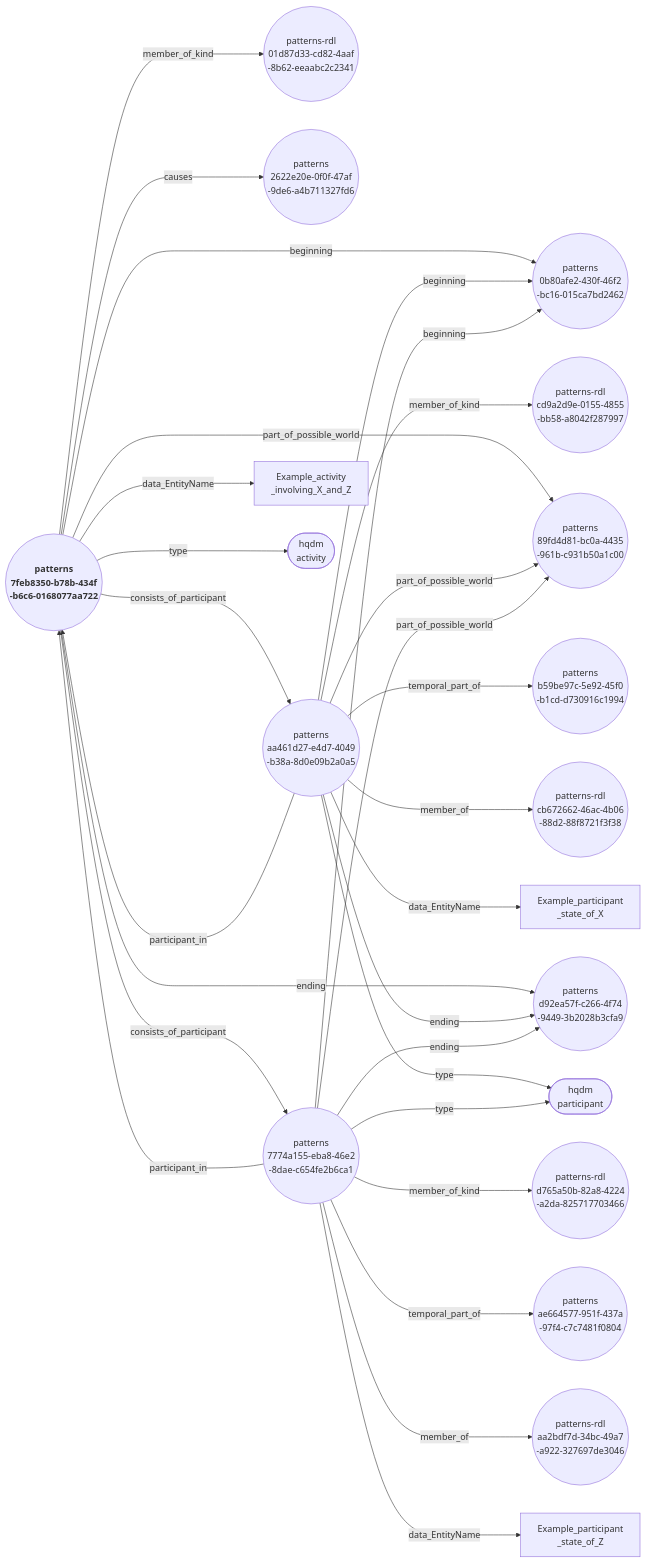
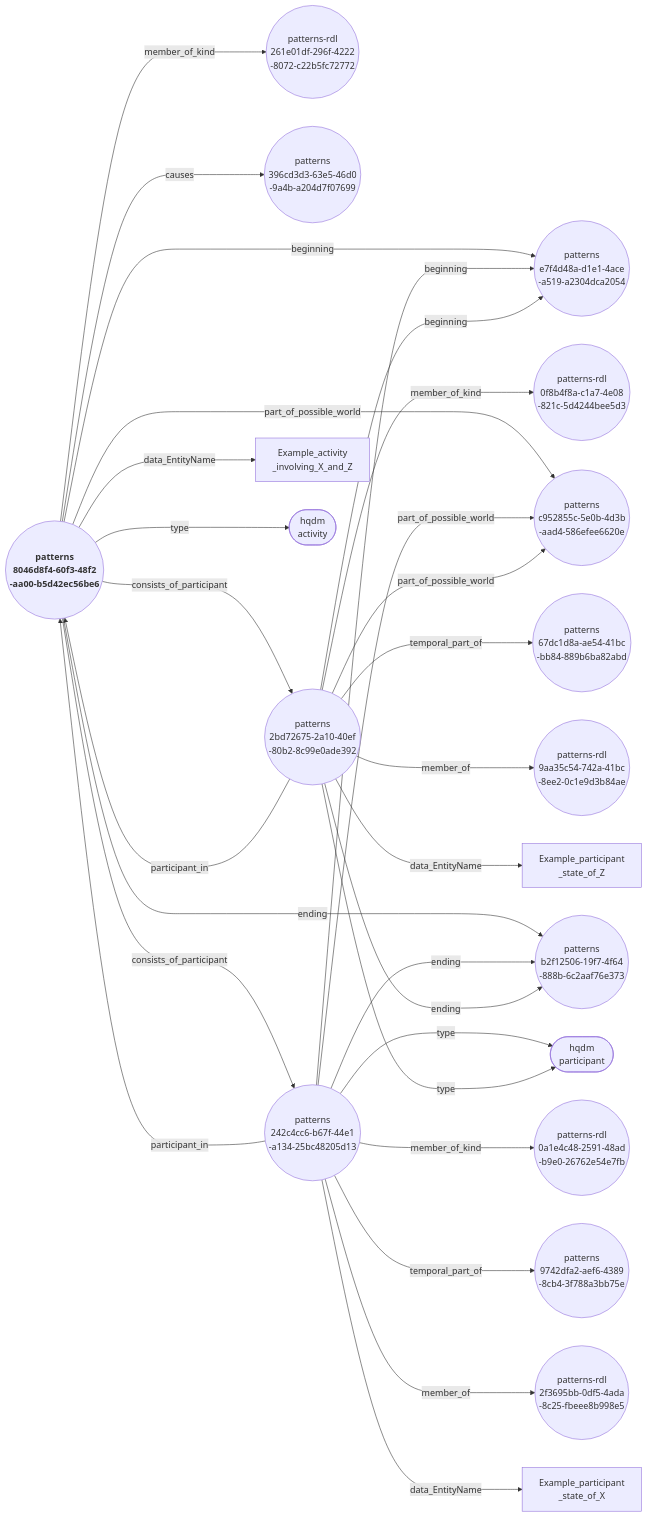
One commit to ClimbingAl/HqdmPatterns changed the diagram in docs/extras/example-files/genericActivityAndParticipantsNodeEdgeGraph.mermaid. Above: the diagram before and after it, drawn with Mermaid. The commit also changed 50 other files, not shown here.

Commit message:
Main activity worked examples now complete, including actiity editor data import and processing.

````diff
--- a/docs/extras/example-files/genericActivityAndParticipantsNodeEdgeGraph.mermaid
+++ b/docs/extras/example-files/genericActivityAndParticipantsNodeEdgeGraph.mermaid
@@ -1,30 +1,30 @@
 ``` mermaid
 graph LR
-  7feb8350-b78b-434f-b6c6-0168077aa722(("<b> patterns <br> 7feb8350-b78b-434f <br> -b6c6-0168077aa722"))--->|"beginning"|0b80afe2-430f-46f2-bc16-015ca7bd2462(("patterns <br> 0b80afe2-430f-46f2 <br> -bc16-015ca7bd2462"));
-  7feb8350-b78b-434f-b6c6-0168077aa722(("<b> patterns <br> 7feb8350-b78b-434f <br> -b6c6-0168077aa722"))--->|"member_of_kind"|01d87d33-cd82-4aaf-8b62-eeaabc2c2341(("patterns-rdl <br> 01d87d33-cd82-4aaf <br> -8b62-eeaabc2c2341"));
-  7feb8350-b78b-434f-b6c6-0168077aa722(("<b> patterns <br> 7feb8350-b78b-434f <br> -b6c6-0168077aa722"))--->|"causes"|2622e20e-0f0f-47af-9de6-a4b711327fd6(("patterns <br> 2622e20e-0f0f-47af <br> -9de6-a4b711327fd6"));
-  7feb8350-b78b-434f-b6c6-0168077aa722(("<b> patterns <br> 7feb8350-b78b-434f <br> -b6c6-0168077aa722"))--->|"consists_of_participant"|aa461d27-e4d7-4049-b38a-8d0e09b2a0a5(("patterns <br> aa461d27-e4d7-4049 <br> -b38a-8d0e09b2a0a5"));
-  7feb8350-b78b-434f-b6c6-0168077aa722(("<b> patterns <br> 7feb8350-b78b-434f <br> -b6c6-0168077aa722"))--->|"consists_of_participant"|7774a155-eba8-46e2-8dae-c654fe2b6ca1(("patterns <br> 7774a155-eba8-46e2 <br> -8dae-c654fe2b6ca1"));
-  7feb8350-b78b-434f-b6c6-0168077aa722(("<b> patterns <br> 7feb8350-b78b-434f <br> -b6c6-0168077aa722"))--->|"part_of_possible_world"|89fd4d81-bc0a-4435-961b-c931b50a1c00(("patterns <br> 89fd4d81-bc0a-4435 <br> -961b-c931b50a1c00"));
-  7feb8350-b78b-434f-b6c6-0168077aa722(("<b> patterns <br> 7feb8350-b78b-434f <br> -b6c6-0168077aa722"))--->|"data_EntityName"|Example_activity_involving_X_and_Z["Example_activity <br> _involving_X_and_Z"];
-  7feb8350-b78b-434f-b6c6-0168077aa722(("<b> patterns <br> 7feb8350-b78b-434f <br> -b6c6-0168077aa722"))--->|"ending"|d92ea57f-c266-4f74-9449-3b2028b3cfa9(("patterns <br> d92ea57f-c266-4f74 <br> -9449-3b2028b3cfa9"));
-  7feb8350-b78b-434f-b6c6-0168077aa722(("<b> patterns <br> 7feb8350-b78b-434f <br> -b6c6-0168077aa722"))--->|"type"|activity(["hqdm <br> activity"]);
-  aa461d27-e4d7-4049-b38a-8d0e09b2a0a5(("patterns <br> aa461d27-e4d7-4049 <br> -b38a-8d0e09b2a0a5"))--->|"beginning"|0b80afe2-430f-46f2-bc16-015ca7bd2462(("patterns <br> 0b80afe2-430f-46f2 <br> -bc16-015ca7bd2462"));
-  aa461d27-e4d7-4049-b38a-8d0e09b2a0a5(("patterns <br> aa461d27-e4d7-4049 <br> -b38a-8d0e09b2a0a5"))--->|"member_of_kind"|cd9a2d9e-0155-4855-bb58-a8042f287997(("patterns-rdl <br> cd9a2d9e-0155-4855 <br> -bb58-a8042f287997"));
-  aa461d27-e4d7-4049-b38a-8d0e09b2a0a5(("patterns <br> aa461d27-e4d7-4049 <br> -b38a-8d0e09b2a0a5"))--->|"part_of_possible_world"|89fd4d81-bc0a-4435-961b-c931b50a1c00(("patterns <br> 89fd4d81-bc0a-4435 <br> -961b-c931b50a1c00"));
-  aa461d27-e4d7-4049-b38a-8d0e09b2a0a5(("patterns <br> aa461d27-e4d7-4049 <br> -b38a-8d0e09b2a0a5"))--->|"participant_in"|7feb8350-b78b-434f-b6c6-0168077aa722(("<b> patterns <br> 7feb8350-b78b-434f <br> -b6c6-0168077aa722"));
-  aa461d27-e4d7-4049-b38a-8d0e09b2a0a5(("patterns <br> aa461d27-e4d7-4049 <br> -b38a-8d0e09b2a0a5"))--->|"temporal_part_of"|b59be97c-5e92-45f0-b1cd-d730916c1994(("patterns <br> b59be97c-5e92-45f0 <br> -b1cd-d730916c1994"));
-  aa461d27-e4d7-4049-b38a-8d0e09b2a0a5(("patterns <br> aa461d27-e4d7-4049 <br> -b38a-8d0e09b2a0a5"))--->|"member_of"|cb672662-46ac-4b06-88d2-88f8721f3f38(("patterns-rdl <br> cb672662-46ac-4b06 <br> -88d2-88f8721f3f38"));
-  aa461d27-e4d7-4049-b38a-8d0e09b2a0a5(("patterns <br> aa461d27-e4d7-4049 <br> -b38a-8d0e09b2a0a5"))--->|"data_EntityName"|Example_participant_state_of_X["Example_participant <br> _state_of_X"];
-  aa461d27-e4d7-4049-b38a-8d0e09b2a0a5(("patterns <br> aa461d27-e4d7-4049 <br> -b38a-8d0e09b2a0a5"))--->|"ending"|d92ea57f-c266-4f74-9449-3b2028b3cfa9(("patterns <br> d92ea57f-c266-4f74 <br> -9449-3b2028b3cfa9"));
-  aa461d27-e4d7-4049-b38a-8d0e09b2a0a5(("patterns <br> aa461d27-e4d7-4049 <br> -b38a-8d0e09b2a0a5"))--->|"type"|participant(["hqdm <br> participant"]);
-  7774a155-eba8-46e2-8dae-c654fe2b6ca1(("patterns <br> 7774a155-eba8-46e2 <br> -8dae-c654fe2b6ca1"))--->|"beginning"|0b80afe2-430f-46f2-bc16-015ca7bd2462(("patterns <br> 0b80afe2-430f-46f2 <br> -bc16-015ca7bd2462"));
-  7774a155-eba8-46e2-8dae-c654fe2b6ca1(("patterns <br> 7774a155-eba8-46e2 <br> -8dae-c654fe2b6ca1"))--->|"member_of_kind"|d765a50b-82a8-4224-a2da-825717703466(("patterns-rdl <br> d765a50b-82a8-4224 <br> -a2da-825717703466"));
-  7774a155-eba8-46e2-8dae-c654fe2b6ca1(("patterns <br> 7774a155-eba8-46e2 <br> -8dae-c654fe2b6ca1"))--->|"part_of_possible_world"|89fd4d81-bc0a-4435-961b-c931b50a1c00(("patterns <br> 89fd4d81-bc0a-4435 <br> -961b-c931b50a1c00"));
-  7774a155-eba8-46e2-8dae-c654fe2b6ca1(("patterns <br> 7774a155-eba8-46e2 <br> -8dae-c654fe2b6ca1"))--->|"participant_in"|7feb8350-b78b-434f-b6c6-0168077aa722(("<b> patterns <br> 7feb8350-b78b-434f <br> -b6c6-0168077aa722"));
-  7774a155-eba8-46e2-8dae-c654fe2b6ca1(("patterns <br> 7774a155-eba8-46e2 <br> -8dae-c654fe2b6ca1"))--->|"temporal_part_of"|ae664577-951f-437a-97f4-c7c7481f0804(("patterns <br> ae664577-951f-437a <br> -97f4-c7c7481f0804"));
-  7774a155-eba8-46e2-8dae-c654fe2b6ca1(("patterns <br> 7774a155-eba8-46e2 <br> -8dae-c654fe2b6ca1"))--->|"member_of"|aa2bdf7d-34bc-49a7-a922-327697de3046(("patterns-rdl <br> aa2bdf7d-34bc-49a7 <br> -a922-327697de3046"));
-  7774a155-eba8-46e2-8dae-c654fe2b6ca1(("patterns <br> 7774a155-eba8-46e2 <br> -8dae-c654fe2b6ca1"))--->|"data_EntityName"|Example_participant_state_of_Z["Example_participant <br> _state_of_Z"];
-  7774a155-eba8-46e2-8dae-c654fe2b6ca1(("patterns <br> 7774a155-eba8-46e2 <br> -8dae-c654fe2b6ca1"))--->|"ending"|d92ea57f-c266-4f74-9449-3b2028b3cfa9(("patterns <br> d92ea57f-c266-4f74 <br> -9449-3b2028b3cfa9"));
-  7774a155-eba8-46e2-8dae-c654fe2b6ca1(("patterns <br> 7774a155-eba8-46e2 <br> -8dae-c654fe2b6ca1"))--->|"type"|participant(["hqdm <br> participant"]);
+  8046d8f4-60f3-48f2-aa00-b5d42ec56be6(("<b> patterns <br> 8046d8f4-60f3-48f2 <br> -aa00-b5d42ec56be6"))--->|"beginning"|e7f4d48a-d1e1-4ace-a519-a2304dca2054(("patterns <br> e7f4d48a-d1e1-4ace <br> -a519-a2304dca2054"));
+  8046d8f4-60f3-48f2-aa00-b5d42ec56be6(("<b> patterns <br> 8046d8f4-60f3-48f2 <br> -aa00-b5d42ec56be6"))--->|"member_of_kind"|261e01df-296f-4222-8072-c22b5fc72772(("patterns-rdl <br> 261e01df-296f-4222 <br> -8072-c22b5fc72772"));
+  8046d8f4-60f3-48f2-aa00-b5d42ec56be6(("<b> patterns <br> 8046d8f4-60f3-48f2 <br> -aa00-b5d42ec56be6"))--->|"causes"|396cd3d3-63e5-46d0-9a4b-a204d7f07699(("patterns <br> 396cd3d3-63e5-46d0 <br> -9a4b-a204d7f07699"));
+  8046d8f4-60f3-48f2-aa00-b5d42ec56be6(("<b> patterns <br> 8046d8f4-60f3-48f2 <br> -aa00-b5d42ec56be6"))--->|"consists_of_participant"|2bd72675-2a10-40ef-80b2-8c99e0ade392(("patterns <br> 2bd72675-2a10-40ef <br> -80b2-8c99e0ade392"));
+  8046d8f4-60f3-48f2-aa00-b5d42ec56be6(("<b> patterns <br> 8046d8f4-60f3-48f2 <br> -aa00-b5d42ec56be6"))--->|"consists_of_participant"|242c4cc6-b67f-44e1-a134-25bc48205d13(("patterns <br> 242c4cc6-b67f-44e1 <br> -a134-25bc48205d13"));
+  8046d8f4-60f3-48f2-aa00-b5d42ec56be6(("<b> patterns <br> 8046d8f4-60f3-48f2 <br> -aa00-b5d42ec56be6"))--->|"part_of_possible_world"|c952855c-5e0b-4d3b-aad4-586efee6620e(("patterns <br> c952855c-5e0b-4d3b <br> -aad4-586efee6620e"));
+  8046d8f4-60f3-48f2-aa00-b5d42ec56be6(("<b> patterns <br> 8046d8f4-60f3-48f2 <br> -aa00-b5d42ec56be6"))--->|"data_EntityName"|Example_activity_involving_X_and_Z["Example_activity <br> _involving_X_and_Z"];
+  8046d8f4-60f3-48f2-aa00-b5d42ec56be6(("<b> patterns <br> 8046d8f4-60f3-48f2 <br> -aa00-b5d42ec56be6"))--->|"ending"|b2f12506-19f7-4f64-888b-6c2aaf76e373(("patterns <br> b2f12506-19f7-4f64 <br> -888b-6c2aaf76e373"));
+  8046d8f4-60f3-48f2-aa00-b5d42ec56be6(("<b> patterns <br> 8046d8f4-60f3-48f2 <br> -aa00-b5d42ec56be6"))--->|"type"|activity(["hqdm <br> activity"]);
+  242c4cc6-b67f-44e1-a134-25bc48205d13(("patterns <br> 242c4cc6-b67f-44e1 <br> -a134-25bc48205d13"))--->|"beginning"|e7f4d48a-d1e1-4ace-a519-a2304dca2054(("patterns <br> e7f4d48a-d1e1-4ace <br> -a519-a2304dca2054"));
+  242c4cc6-b67f-44e1-a134-25bc48205d13(("patterns <br> 242c4cc6-b67f-44e1 <br> -a134-25bc48205d13"))--->|"member_of_kind"|0a1e4c48-2591-48ad-b9e0-26762e54e7fb(("patterns-rdl <br> 0a1e4c48-2591-48ad <br> -b9e0-26762e54e7fb"));
+  242c4cc6-b67f-44e1-a134-25bc48205d13(("patterns <br> 242c4cc6-b67f-44e1 <br> -a134-25bc48205d13"))--->|"part_of_possible_world"|c952855c-5e0b-4d3b-aad4-586efee6620e(("patterns <br> c952855c-5e0b-4d3b <br> -aad4-586efee6620e"));
+  242c4cc6-b67f-44e1-a134-25bc48205d13(("patterns <br> 242c4cc6-b67f-44e1 <br> -a134-25bc48205d13"))--->|"participant_in"|8046d8f4-60f3-48f2-aa00-b5d42ec56be6(("<b> patterns <br> 8046d8f4-60f3-48f2 <br> -aa00-b5d42ec56be6"));
+  242c4cc6-b67f-44e1-a134-25bc48205d13(("patterns <br> 242c4cc6-b67f-44e1 <br> -a134-25bc48205d13"))--->|"temporal_part_of"|9742dfa2-aef6-4389-8cb4-3f788a3bb75e(("patterns <br> 9742dfa2-aef6-4389 <br> -8cb4-3f788a3bb75e"));
+  242c4cc6-b67f-44e1-a134-25bc48205d13(("patterns <br> 242c4cc6-b67f-44e1 <br> -a134-25bc48205d13"))--->|"member_of"|2f3695bb-0df5-4ada-8c25-fbeee8b998e5(("patterns-rdl <br> 2f3695bb-0df5-4ada <br> -8c25-fbeee8b998e5"));
+  242c4cc6-b67f-44e1-a134-25bc48205d13(("patterns <br> 242c4cc6-b67f-44e1 <br> -a134-25bc48205d13"))--->|"data_EntityName"|Example_participant_state_of_X["Example_participant <br> _state_of_X"];
+  242c4cc6-b67f-44e1-a134-25bc48205d13(("patterns <br> 242c4cc6-b67f-44e1 <br> -a134-25bc48205d13"))--->|"ending"|b2f12506-19f7-4f64-888b-6c2aaf76e373(("patterns <br> b2f12506-19f7-4f64 <br> -888b-6c2aaf76e373"));
+  242c4cc6-b67f-44e1-a134-25bc48205d13(("patterns <br> 242c4cc6-b67f-44e1 <br> -a134-25bc48205d13"))--->|"type"|participant(["hqdm <br> participant"]);
+  2bd72675-2a10-40ef-80b2-8c99e0ade392(("patterns <br> 2bd72675-2a10-40ef <br> -80b2-8c99e0ade392"))--->|"beginning"|e7f4d48a-d1e1-4ace-a519-a2304dca2054(("patterns <br> e7f4d48a-d1e1-4ace <br> -a519-a2304dca2054"));
+  2bd72675-2a10-40ef-80b2-8c99e0ade392(("patterns <br> 2bd72675-2a10-40ef <br> -80b2-8c99e0ade392"))--->|"member_of_kind"|0f8b4f8a-c1a7-4e08-821c-5d4244bee5d3(("patterns-rdl <br> 0f8b4f8a-c1a7-4e08 <br> -821c-5d4244bee5d3"));
+  2bd72675-2a10-40ef-80b2-8c99e0ade392(("patterns <br> 2bd72675-2a10-40ef <br> -80b2-8c99e0ade392"))--->|"part_of_possible_world"|c952855c-5e0b-4d3b-aad4-586efee6620e(("patterns <br> c952855c-5e0b-4d3b <br> -aad4-586efee6620e"));
+  2bd72675-2a10-40ef-80b2-8c99e0ade392(("patterns <br> 2bd72675-2a10-40ef <br> -80b2-8c99e0ade392"))--->|"participant_in"|8046d8f4-60f3-48f2-aa00-b5d42ec56be6(("<b> patterns <br> 8046d8f4-60f3-48f2 <br> -aa00-b5d42ec56be6"));
+  2bd72675-2a10-40ef-80b2-8c99e0ade392(("patterns <br> 2bd72675-2a10-40ef <br> -80b2-8c99e0ade392"))--->|"temporal_part_of"|67dc1d8a-ae54-41bc-bb84-889b6ba82abd(("patterns <br> 67dc1d8a-ae54-41bc <br> -bb84-889b6ba82abd"));
+  2bd72675-2a10-40ef-80b2-8c99e0ade392(("patterns <br> 2bd72675-2a10-40ef <br> -80b2-8c99e0ade392"))--->|"member_of"|9aa35c54-742a-41bc-8ee2-0c1e9d3b84ae(("patterns-rdl <br> 9aa35c54-742a-41bc <br> -8ee2-0c1e9d3b84ae"));
+  2bd72675-2a10-40ef-80b2-8c99e0ade392(("patterns <br> 2bd72675-2a10-40ef <br> -80b2-8c99e0ade392"))--->|"data_EntityName"|Example_participant_state_of_Z["Example_participant <br> _state_of_Z"];
+  2bd72675-2a10-40ef-80b2-8c99e0ade392(("patterns <br> 2bd72675-2a10-40ef <br> -80b2-8c99e0ade392"))--->|"ending"|b2f12506-19f7-4f64-888b-6c2aaf76e373(("patterns <br> b2f12506-19f7-4f64 <br> -888b-6c2aaf76e373"));
+  2bd72675-2a10-40ef-80b2-8c99e0ade392(("patterns <br> 2bd72675-2a10-40ef <br> -80b2-8c99e0ade392"))--->|"type"|participant(["hqdm <br> participant"]);
 ```
````
